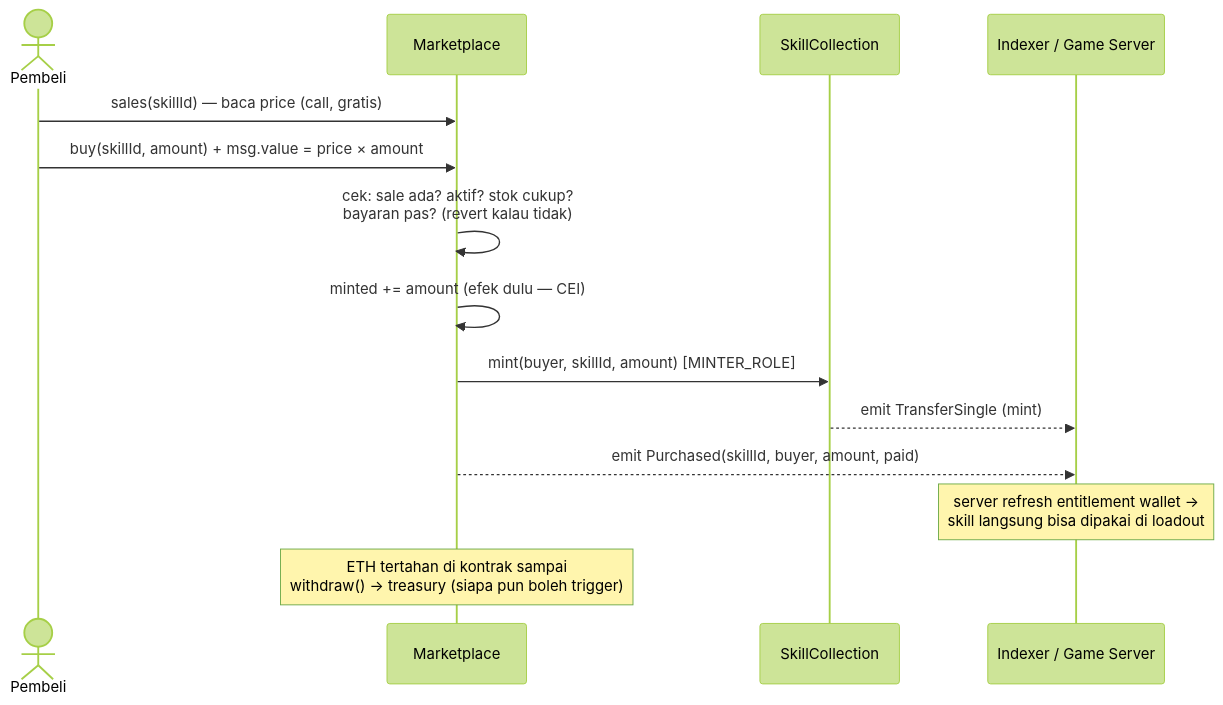
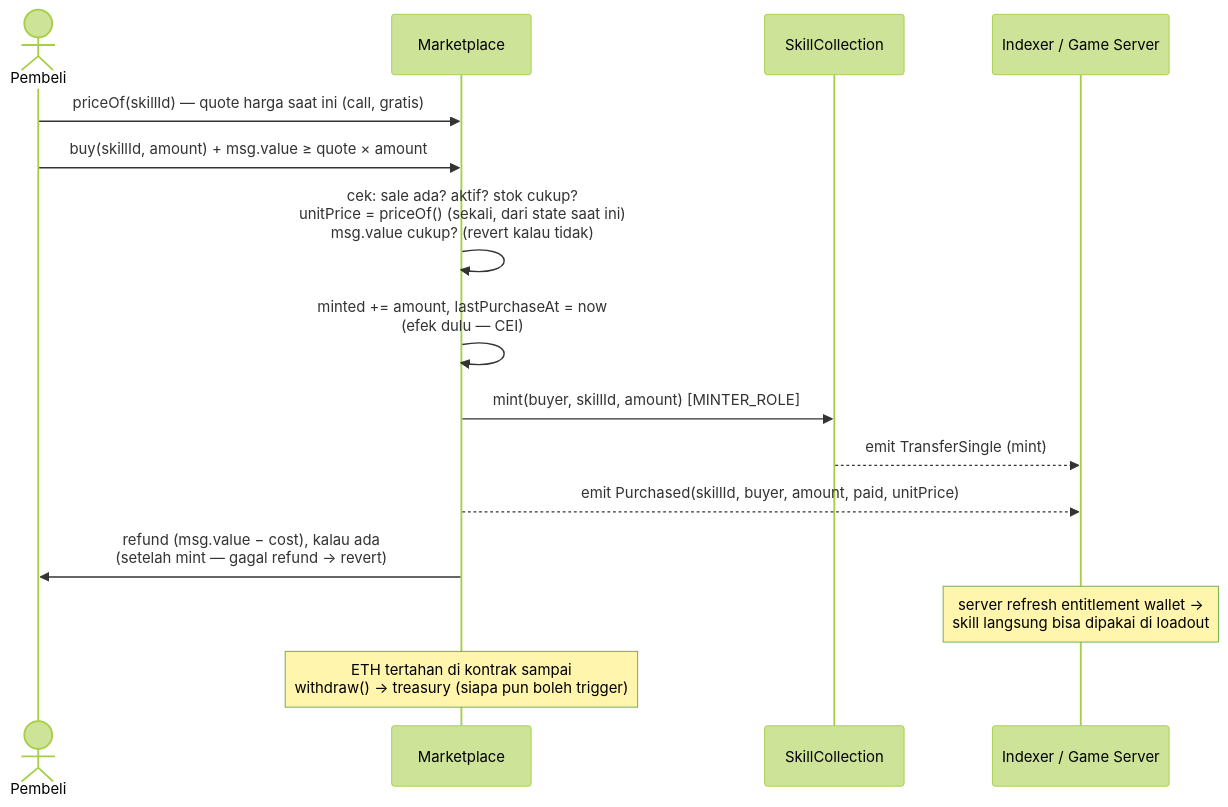
Before and after one commit to yeheskieltame/TheBingoFi: the third of 3 diagrams in contracts/README.md, drawn with Mermaid (forest theme). The commit also changed other lines of this file and 45 other files, not shown here.

````diff
--- a/contracts/README.md
+++ b/contracts/README.md
@@ -72,17 +72,18 @@
 ```mermaid
 sequenceDiagram
     actor B as Pembeli
     participant M as Marketplace
     participant C as SkillCollection
     participant I as Indexer / Game Server
 
-    B->>M: sales(skillId) — baca price (call, gratis)
-    B->>M: buy(skillId, amount) + msg.value = price × amount
-    M->>M: cek: sale ada? aktif? stok cukup?<br/>bayaran pas? (revert kalau tidak)
-    M->>M: minted += amount (efek dulu — CEI)
+    B->>M: priceOf(skillId) — quote harga saat ini (call, gratis)
+    B->>M: buy(skillId, amount) + msg.value ≥ quote × amount
+    M->>M: cek: sale ada? aktif? stok cukup?<br/>unitPrice = priceOf() (sekali, dari state saat ini)<br/>msg.value cukup? (revert kalau tidak)
+    M->>M: minted += amount, lastPurchaseAt = now<br/>(efek dulu — CEI)
     M->>C: mint(buyer, skillId, amount) [MINTER_ROLE]
     C-->>I: emit TransferSingle (mint)
-    M-->>I: emit Purchased(skillId, buyer, amount, paid)
+    M-->>I: emit Purchased(skillId, buyer, amount, paid, unitPrice)
+    M->>B: refund (msg.value − cost), kalau ada<br/>(setelah mint — gagal refund → revert)
     Note over I: server refresh entitlement wallet →<br/>skill langsung bisa dipakai di loadout
     Note over M: ETH tertahan di kontrak sampai<br/>withdraw() → treasury (siapa pun boleh trigger)
 ```
````
